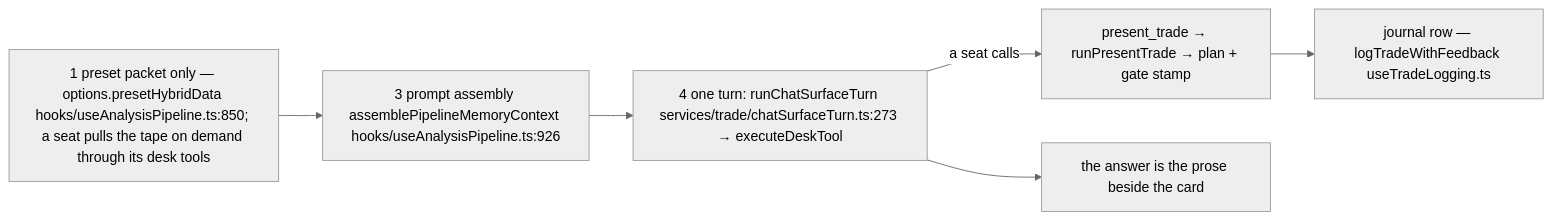
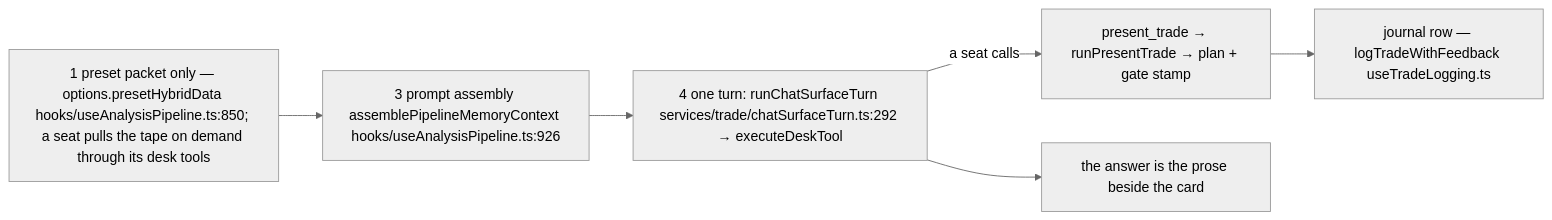
One commit to Acepay25/august-3.5 changed the third of 8 diagrams in docs/app-flow.md. Above: the diagram before and after it, drawn with Mermaid (neutral theme). The commit also changed other lines of this file and 4 other files, not shown here.

````diff
--- a/docs/app-flow.md
+++ b/docs/app-flow.md
@@ -260,8 +260,8 @@
 ```mermaid
 flowchart LR
     S1["1 preset packet only — options.presetHybridData hooks/useAnalysisPipeline.ts:850; a seat pulls the tape on demand through its desk tools"] --> S3["3 prompt assembly assemblePipelineMemoryContext hooks/useAnalysisPipeline.ts:926"]
-    S3 --> S4["4 one turn: runChatSurfaceTurn services/trade/chatSurfaceTurn.ts:273 → executeDeskTool"]
+    S3 --> S4["4 one turn: runChatSurfaceTurn services/trade/chatSurfaceTurn.ts:292 → executeDeskTool"]
     S4 -->|a seat calls| PT["present_trade → runPresentTrade → plan + gate stamp"]
     PT --> JR["journal row — logTradeWithFeedback useTradeLogging.ts"]
     S4 --> ANS["the answer is the prose beside the card"]
 ```
````
